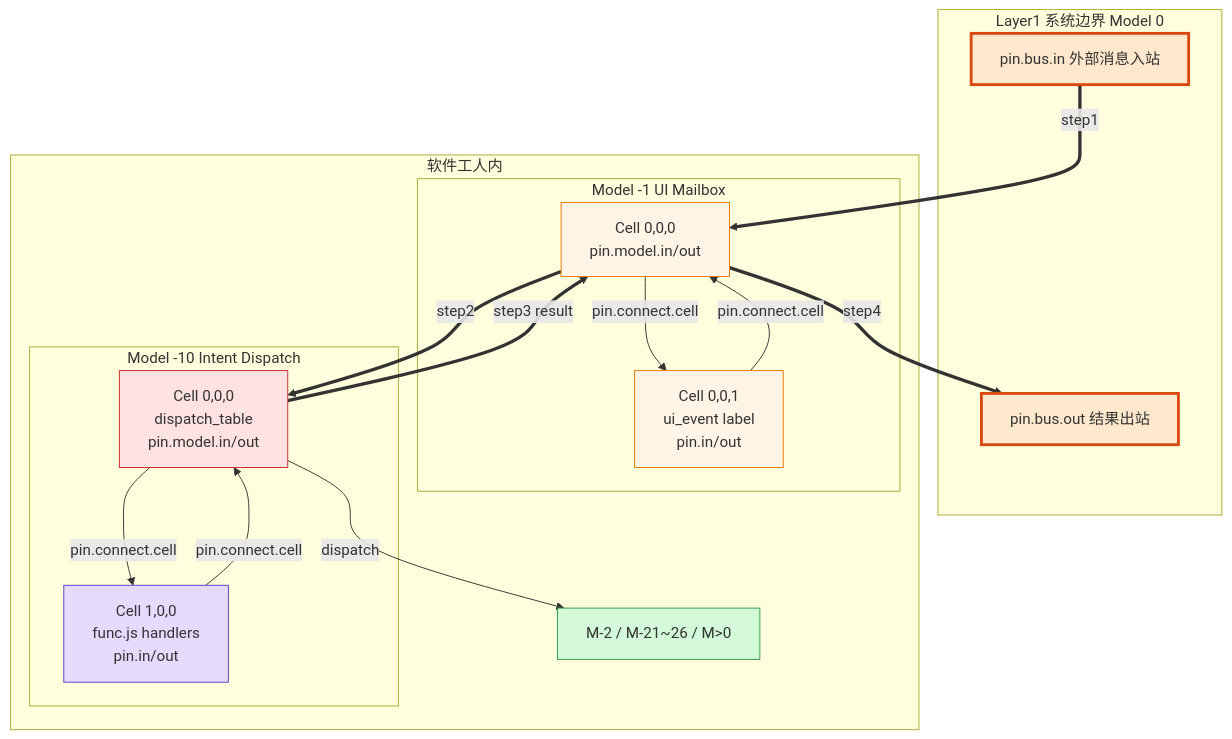
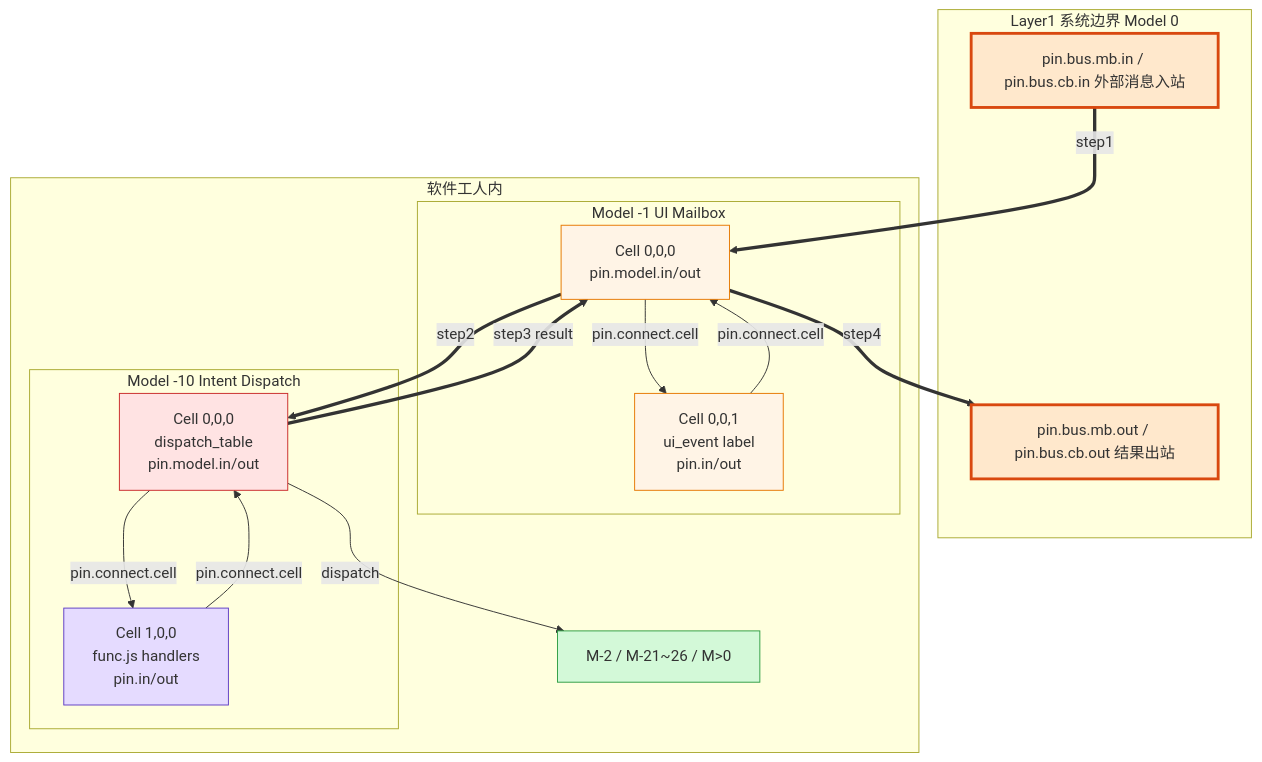
Before and after one commit to drooop/dongyu_js_core: the second of 2 diagrams in docs/ssot/ui_model_pin_routing_architecture.md, drawn with Mermaid. The commit also changed other lines of this file and 59 other files, not shown here.

````diff
--- a/docs/ssot/ui_model_pin_routing_architecture.md
+++ b/docs/ssot/ui_model_pin_routing_architecture.md
@@ -109,39 +109,39 @@
 ```mermaid
 graph TB
     subgraph l1["Layer1 系统边界 Model 0"]
-        bus_in["pin.bus.in 外部消息入站"]
-        bus_out["pin.bus.out 结果出站"]
+        bus_in["pin.bus.mb.in / pin.bus.cb.in 外部消息入站"]
+        bus_out["pin.bus.mb.out / pin.bus.cb.out 结果出站"]
     end
 
     subgraph l2["软件工人内"]
         subgraph m1_box["Model -1 UI Mailbox"]
             m1_root["Cell 0,0,0<br/>pin.model.in/out"]
             m1_mb["Cell 0,0,1<br/>ui_event label<br/>pin.in/out"]
             m1_root -->|"pin.connect.cell"| m1_mb
             m1_mb -->|"pin.connect.cell"| m1_root
         end
 
         subgraph m10_box["Model -10 Intent Dispatch"]
             m10_root["Cell 0,0,0<br/>dispatch_table<br/>pin.model.in/out"]
             m10_fn["Cell 1,0,0<br/>func.js handlers<br/>pin.in/out"]
             m10_root -->|"pin.connect.cell"| m10_fn
             m10_fn -->|"pin.connect.cell"| m10_root
         end
 
         targets["M-2 / M-21~26 / M>0"]
     end
 
     bus_in ==>|"step1"| m1_root
     m1_root ==>|"step2"| m10_root
     m10_root -->|"dispatch"| targets
     m10_root ==>|"step3 result"| m1_root
     m1_root ==>|"step4"| bus_out
 
     style bus_in fill:#ffe8cc,stroke:#d9480f,stroke-width:3px,color:#333
     style bus_out fill:#ffe8cc,stroke:#d9480f,stroke-width:3px,color:#333
     style m1_root fill:#fff4e6,stroke:#e67700,color:#333
     style m1_mb fill:#fff4e6,stroke:#e67700,color:#333
     style m10_root fill:#ffe3e3,stroke:#c92a2a,color:#333
     style m10_fn fill:#e5dbff,stroke:#5f3dc4,color:#333
     style targets fill:#d3f9d8,stroke:#2f9e44,color:#333
 ```
````
